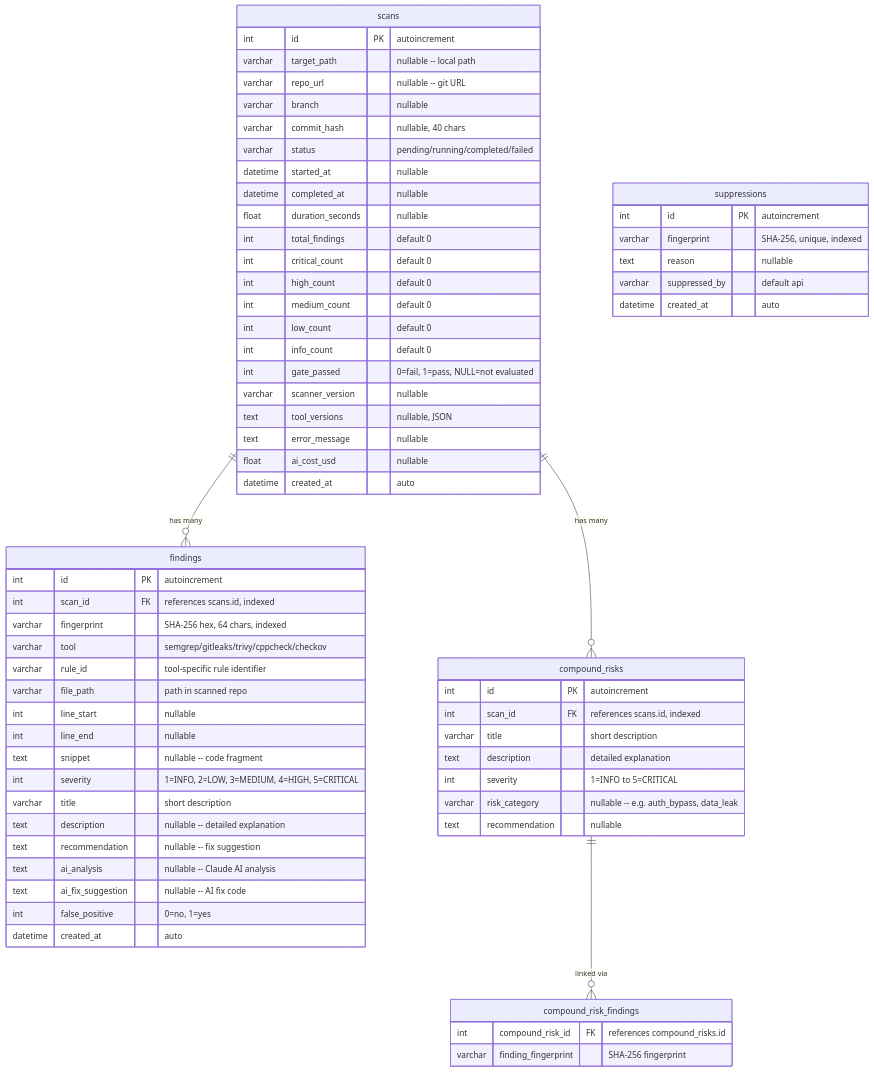
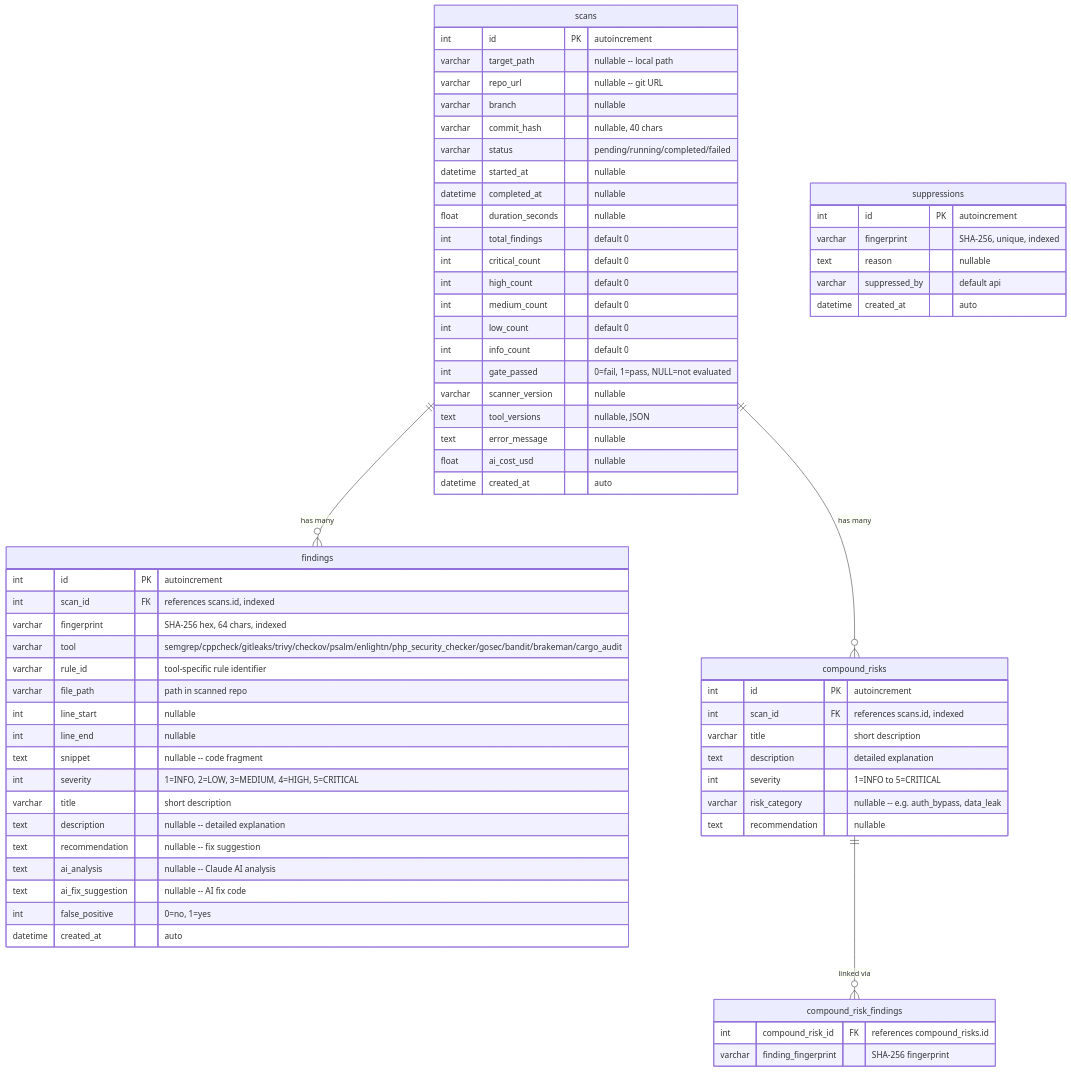
One commit to AlexTalorJr/source-code-security-ai-checker changed the diagram in docs/en/database-schema.md. Above: the diagram before and after it, drawn with Mermaid. The commit also changed other lines of this file and 5 other files, not shown here.

First line of the commit message:
feat(10-02): update architecture, api, custom-rules, database-schema, transfer-guide, README for 12 scanners

````diff
--- a/docs/en/database-schema.md
+++ b/docs/en/database-schema.md
@@ -9,73 +9,73 @@
 ```mermaid
 erDiagram
     scans ||--o{ findings : "has many"
     scans ||--o{ compound_risks : "has many"
     compound_risks ||--o{ compound_risk_findings : "linked via"
 
     scans {
         int id PK "autoincrement"
         varchar target_path "nullable -- local path"
         varchar repo_url "nullable -- git URL"
         varchar branch "nullable"
         varchar commit_hash "nullable, 40 chars"
         varchar status "pending/running/completed/failed"
         datetime started_at "nullable"
         datetime completed_at "nullable"
         float duration_seconds "nullable"
         int total_findings "default 0"
         int critical_count "default 0"
         int high_count "default 0"
         int medium_count "default 0"
         int low_count "default 0"
         int info_count "default 0"
         int gate_passed "0=fail, 1=pass, NULL=not evaluated"
         varchar scanner_version "nullable"
         text tool_versions "nullable, JSON"
         text error_message "nullable"
         float ai_cost_usd "nullable"
         datetime created_at "auto"
     }
 
     findings {
         int id PK "autoincrement"
         int scan_id FK "references scans.id, indexed"
         varchar fingerprint "SHA-256 hex, 64 chars, indexed"
-        varchar tool "semgrep/gitleaks/trivy/cppcheck/checkov"
+        varchar tool "semgrep/cppcheck/gitleaks/trivy/checkov/psalm/enlightn/php_security_checker/gosec/bandit/brakeman/cargo_audit"
         varchar rule_id "tool-specific rule identifier"
         varchar file_path "path in scanned repo"
         int line_start "nullable"
         int line_end "nullable"
         text snippet "nullable -- code fragment"
         int severity "1=INFO, 2=LOW, 3=MEDIUM, 4=HIGH, 5=CRITICAL"
         varchar title "short description"
         text description "nullable -- detailed explanation"
         text recommendation "nullable -- fix suggestion"
         text ai_analysis "nullable -- Claude AI analysis"
         text ai_fix_suggestion "nullable -- AI fix code"
         int false_positive "0=no, 1=yes"
         datetime created_at "auto"
     }
 
     compound_risks {
         int id PK "autoincrement"
         int scan_id FK "references scans.id, indexed"
         varchar title "short description"
         text description "detailed explanation"
         int severity "1=INFO to 5=CRITICAL"
         varchar risk_category "nullable -- e.g. auth_bypass, data_leak"
         text recommendation "nullable"
     }
 
     compound_risk_findings {
         int compound_risk_id FK "references compound_risks.id"
         varchar finding_fingerprint "SHA-256 fingerprint"
     }
 
     suppressions {
         int id PK "autoincrement"
         varchar fingerprint "SHA-256, unique, indexed"
         text reason "nullable"
         varchar suppressed_by "default api"
         datetime created_at "auto"
     }
 ```
````
